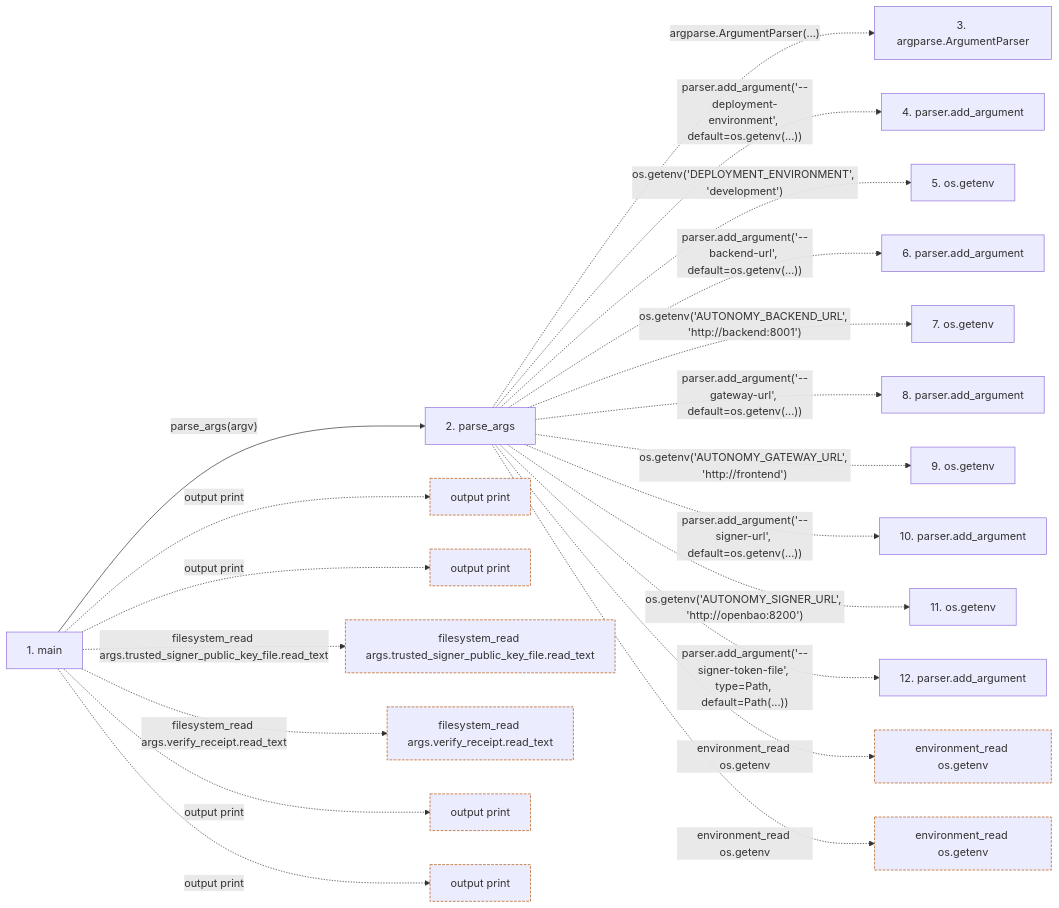
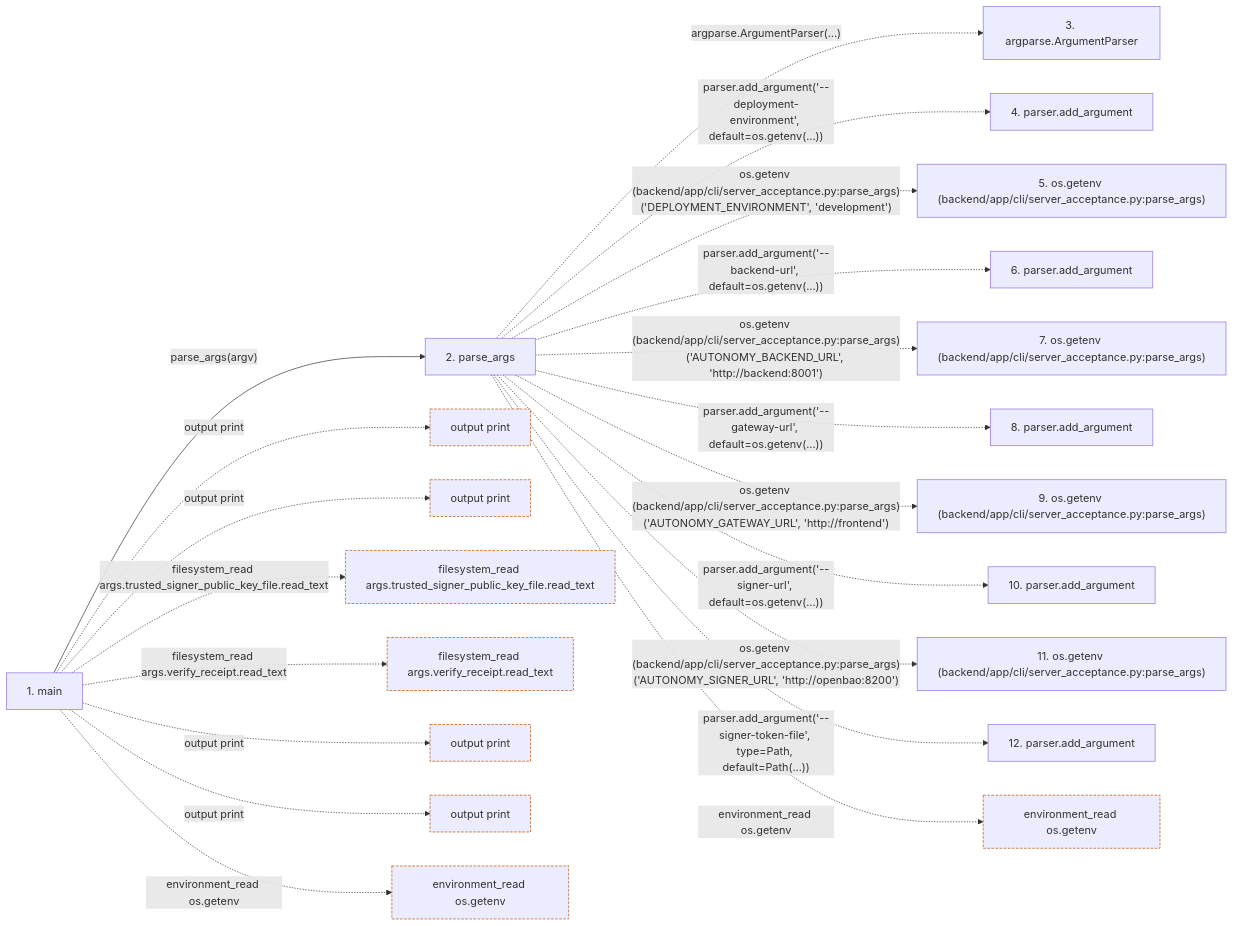
Before and after one commit to Denissvgn/WorkChord: the second of 2 diagrams in docs/llm_wiki/flows/process-server_acceptance.md, drawn with Mermaid. The commit also changed other lines of this file and 1420 other files, not shown here.

First line of the commit message:
Refresh the architectural wiki for the 1.10.0 changes

````diff
--- a/docs/llm_wiki/flows/process-server_acceptance.md
+++ b/docs/llm_wiki/flows/process-server_acceptance.md
@@ -138,53 +138,53 @@
 ```mermaid
 flowchart LR
     s1["1. main"]
     s2["2. parse_args"]
     s3["3. argparse.ArgumentParser"]
     s4["4. parser.add_argument"]
-    s5["5. os.getenv"]
+    s5["5. os.getenv (backend/app/cli/server_acceptance.py:parse_args)"]
     s6["6. parser.add_argument"]
-    s7["7. os.getenv"]
+    s7["7. os.getenv (backend/app/cli/server_acceptance.py:parse_args)"]
     s8["8. parser.add_argument"]
-    s9["9. os.getenv"]
+    s9["9. os.getenv (backend/app/cli/server_acceptance.py:parse_args)"]
     s10["10. parser.add_argument"]
-    s11["11. os.getenv"]
+    s11["11. os.getenv (backend/app/cli/server_acceptance.py:parse_args)"]
     s12["12. parser.add_argument"]
     s1 -->|"parse_args(argv)"| s2
     s2 -. "argparse.ArgumentParser(…)" .-> s3
     s2 -. "parser.add_argument('--deployment-environment', default=os.getenv(...))" .-> s4
-    s2 -. "os.getenv('DEPLOYMENT_ENVIRONMENT', 'development')" .-> s5
+    s2 -. "os.getenv (backend/app/cli/server_acceptance.py:parse_args)('DEPLOYMENT_ENVIRONMENT', 'development')" .-> s5
     s2 -. "parser.add_argument('--backend-url', default=os.getenv(...))" .-> s6
-    s2 -. "os.getenv('AUTONOMY_BACKEND_URL', 'http://backend:8001')" .-> s7
+    s2 -. "os.getenv (backend/app/cli/server_acceptance.py:parse_args)('AUTONOMY_BACKEND_URL', 'http://backend:8001')" .-> s7
     s2 -. "parser.add_argument('--gateway-url', default=os.getenv(...))" .-> s8
-    s2 -. "os.getenv('AUTONOMY_GATEWAY_URL', 'http://frontend')" .-> s9
+    s2 -. "os.getenv (backend/app/cli/server_acceptance.py:parse_args)('AUTONOMY_GATEWAY_URL', 'http://frontend')" .-> s9
     s2 -. "parser.add_argument('--signer-url', default=os.getenv(...))" .-> s10
-    s2 -. "os.getenv('AUTONOMY_SIGNER_URL', 'http://openbao:8200')" .-> s11
+    s2 -. "os.getenv (backend/app/cli/server_acceptance.py:parse_args)('AUTONOMY_SIGNER_URL', 'http://openbao:8200')" .-> s11
     s2 -. "parser.add_argument('--signer-token-file', type=Path, default=Path(...))" .-> s12
     b0["output print"]
     s1 -. "output print" .-> b0
     b1["output print"]
     s1 -. "output print" .-> b1
     b2["filesystem_read args.trusted_signer_public_key_file.read_text"]
     s1 -. "filesystem_read args.trusted_signer_public_key_file.read_text" .-> b2
     b3["filesystem_read args.verify_receipt.read_text"]
     s1 -. "filesystem_read args.verify_receipt.read_text" .-> b3
     b4["output print"]
     s1 -. "output print" .-> b4
     b5["output print"]
     s1 -. "output print" .-> b5
     b6["environment_read os.getenv"]
-    s2 -. "environment_read os.getenv" .-> b6
+    s1 -. "environment_read os.getenv" .-> b6
     b7["environment_read os.getenv"]
     s2 -. "environment_read os.getenv" .-> b7
     click s1 "../modules/cli_server_acceptance.md"
     click s2 "../modules/cli_server_acceptance.md"
     classDef boundary stroke:#b45309,stroke-dasharray: 4 2
     class b0 boundary
     class b1 boundary
     class b2 boundary
     class b3 boundary
     class b4 boundary
     class b5 boundary
     class b6 boundary
     class b7 boundary
 ```
````
